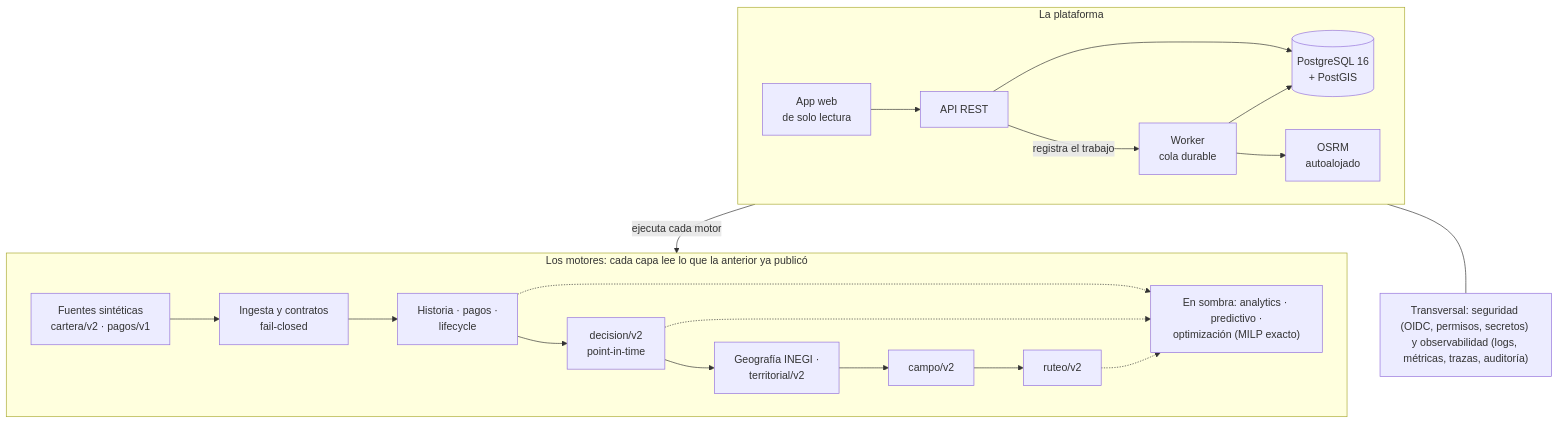
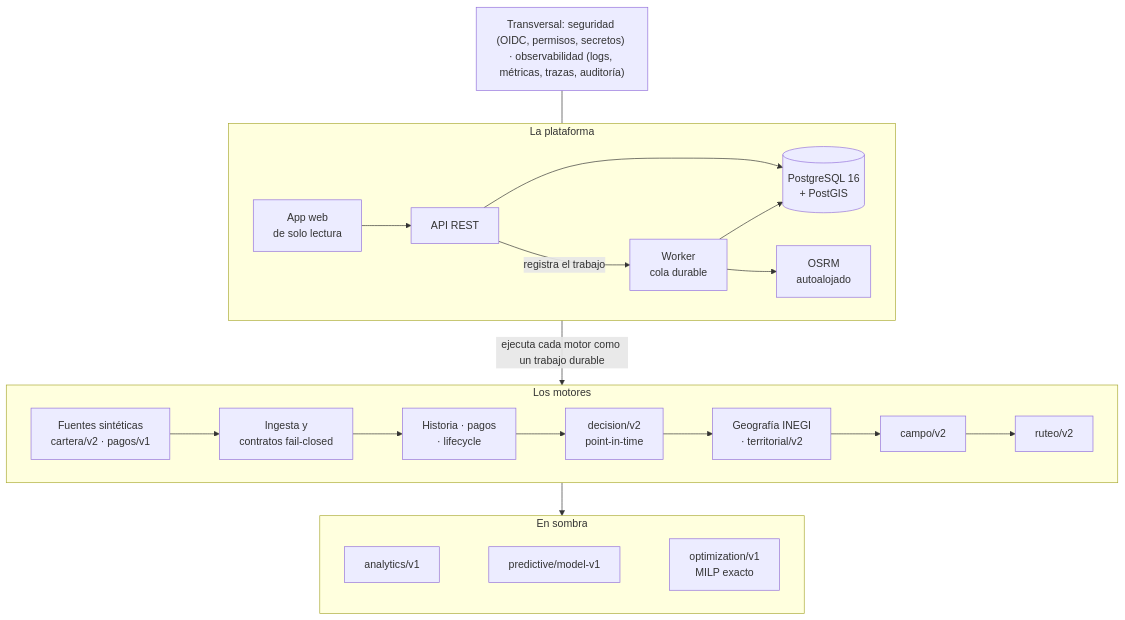
The diagram in README.md (israelcervantes31416/motor-cartera), drawn with Mermaid before and after one commit. The commit also changed 1 other file, not shown here.

Commit message:
docs: los diagramas de arquitectura, por filas y legibles en GitHub
Mermaid ignora la direccion de un subgrafo cuando un enlace cruza su borde: el diagrama del README
salia como una columna de 2,000 px. Ahora cada fila es un subgrafo horizontal (la plataforma, los
motores, lo que corre en sombra) y los enlaces van de subgrafo a subgrafo. El flujo de los datos de
architecture.md, igual, con una nota de las dependencias que el diagrama simplifica.

````diff
--- a/README.md
+++ b/README.md
@@ -36,25 +36,28 @@
 ```mermaid
 flowchart TB
-    subgraph motores["Los motores: cada capa lee lo que la anterior ya publicó"]
+    subgraph motores["Los motores"]
         direction LR
-        F["Fuentes sintéticas<br/>cartera/v2 · pagos/v1"] --> I["Ingesta y contratos<br/>fail-closed"]
-        I --> H["Historia · pagos ·<br/>lifecycle"]
+        F["Fuentes sintéticas<br/>cartera/v2 · pagos/v1"] --> I["Ingesta y<br/>contratos fail-closed"]
+        I --> H["Historia · pagos<br/>· lifecycle"]
         H --> D["decision/v2<br/>point-in-time"]
-        D --> G["Geografía INEGI ·<br/>territorial/v2"]
+        D --> G["Geografía INEGI<br/>· territorial/v2"]
         G --> C["campo/v2"]
         C --> R["ruteo/v2"]
-        S["En sombra: analytics · predictivo ·<br/>optimización (MILP exacto)"]
-        H & D & R -.-> S
+    end
+    subgraph sombra["En sombra"]
+        direction LR
+        AN["analytics/v1"] ~~~ PR["predictive/model-v1"] ~~~ OPT["optimization/v1<br/>MILP exacto"]
     end
     subgraph plataforma["La plataforma"]
         direction LR
         WEB["App web<br/>de solo lectura"] --> API["API REST"]
-        API --> PG[("PostgreSQL 16<br/>+ PostGIS")]
-        W["Worker<br/>cola durable"] --> PG
+        API -- "registra el trabajo" --> W["Worker<br/>cola durable"]
+        W --> PG[("PostgreSQL 16<br/>+ PostGIS")]
+        API --> PG
         W --> OSRM["OSRM<br/>autoalojado"]
     end
-    API -- "registra el trabajo" --> W
-    W -- "ejecuta cada motor" --> motores
-    X["Transversal: seguridad (OIDC, permisos, secretos) y observabilidad (logs, métricas, trazas, auditoría)"]
-    plataforma --- X
+    motores --> sombra
+    plataforma -- "ejecuta cada motor como un trabajo durable" --> motores
+    X["Transversal: seguridad (OIDC, permisos, secretos) · observabilidad (logs, métricas, trazas, auditoría)"]
+    X --- plataforma
 ```
````
